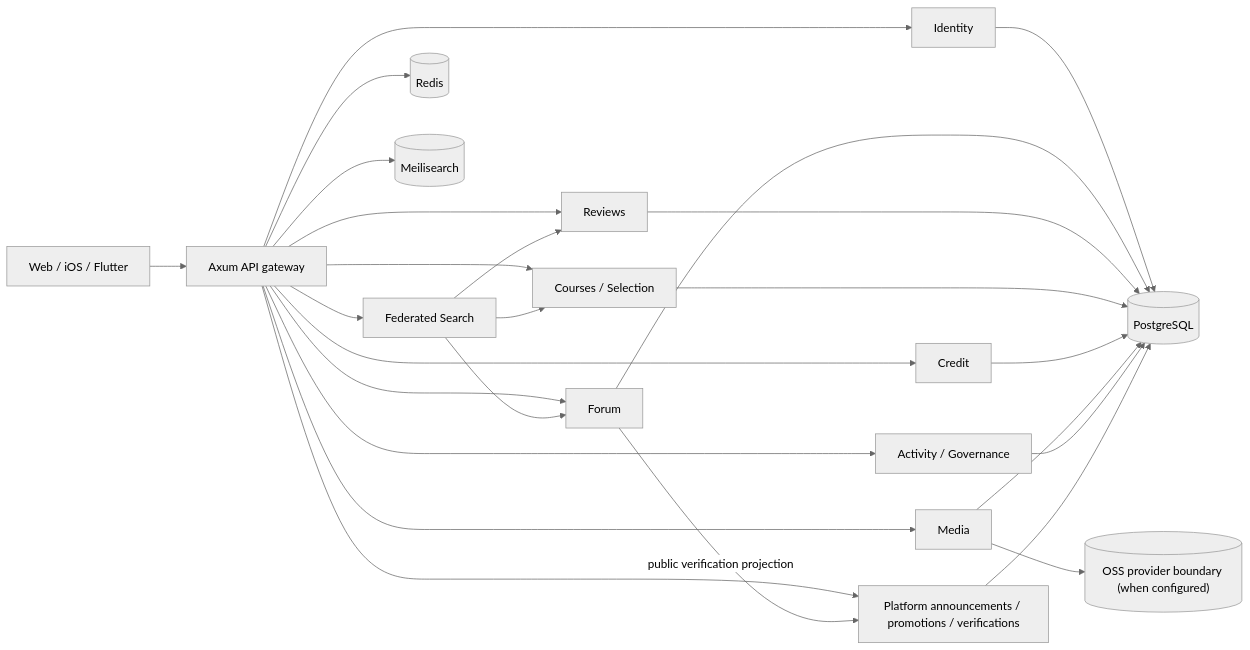
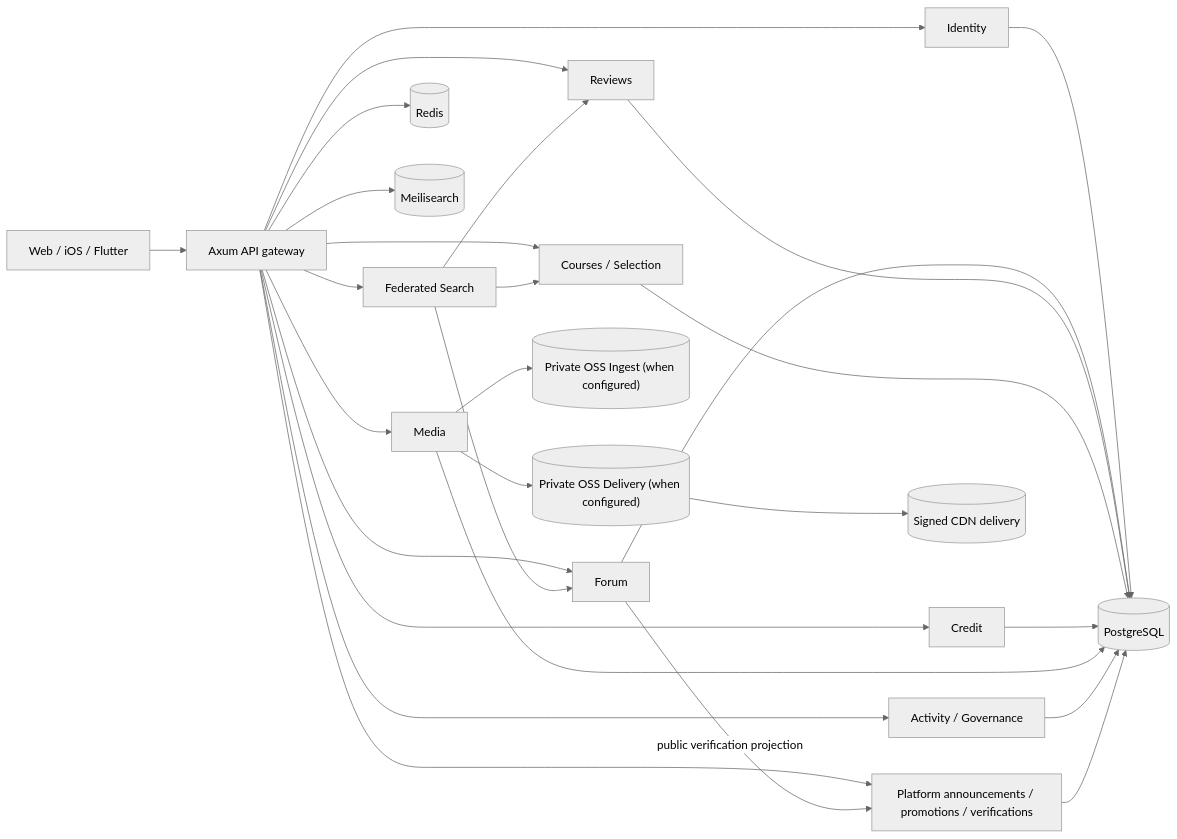
Before and after one commit to YourTongji/YourTJ-Platform: the diagram in docs/architecture/system-overview.md, drawn with Mermaid (neutral theme). The commit also changed other lines of this file and 161 other files, not shown here.

````diff
--- a/docs/architecture/system-overview.md
+++ b/docs/architecture/system-overview.md
@@ -16,31 +16,33 @@
 ```mermaid
 flowchart LR
     accTitle: YourTJ 当前系统结构
     accDescr: Web 和其他客户端通过 Axum API 访问各领域服务，PostgreSQL 保存业务事实，Redis、Meilisearch 和 OSS 保存可重建投影或媒体对象。
 
     C["Web / iOS / Flutter"] --> A["Axum API gateway"]
     A --> I["Identity"]
     A --> F["Forum"]
     A --> R["Reviews"]
     A --> K["Courses / Selection"]
     A --> P["Credit"]
     A --> M["Media"]
     A --> V["Activity / Governance"]
     A --> PFM["Platform announcements / promotions / verifications"]
     A --> S["Federated Search"]
     I --> DB[("PostgreSQL")]
     F --> DB
     R --> DB
     K --> DB
     P --> DB
     M --> DB
     V --> DB
     PFM --> DB
     F -->|"public verification projection"| PFM
     S --> K
     S --> R
     S --> F
     A --> Redis[("Redis")]
     A --> Meili[("Meilisearch")]
-    M --> OSS[("OSS provider boundary (when configured)")]
+    M --> Ingest[("Private OSS Ingest (when configured)")]
+    M --> Delivery[("Private OSS Delivery (when configured)")]
+    Delivery --> CDN[("Signed CDN delivery")]
 ```
````
